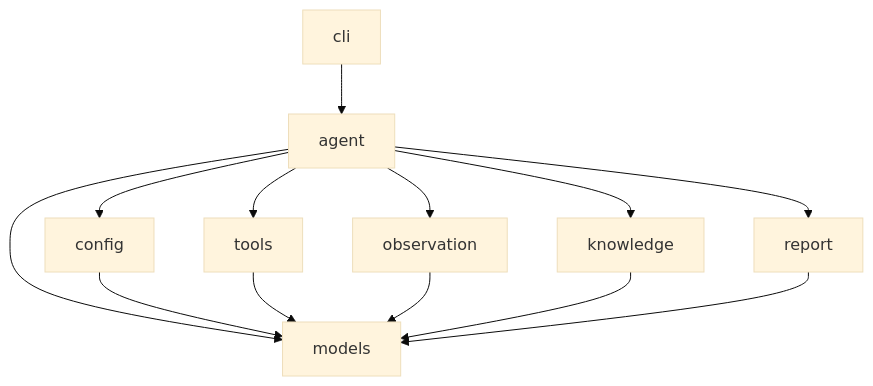
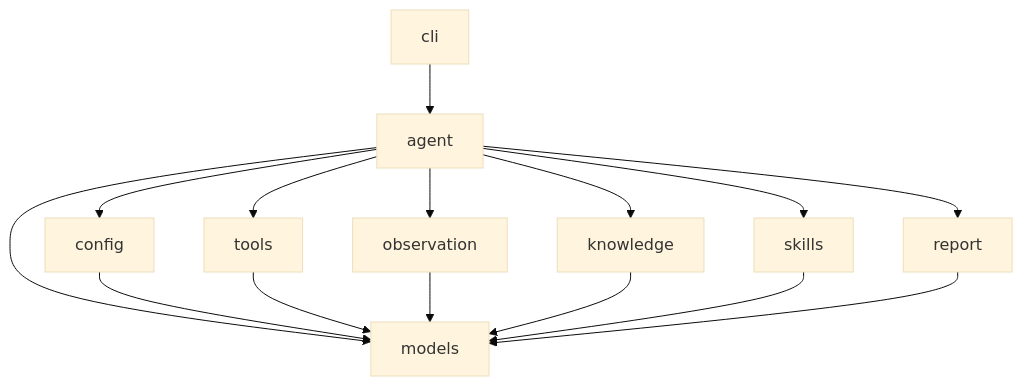
One commit to FSQ-lab/FSQ-Agent changed the diagram in CLAUDE.md. Above: the diagram before and after it, drawn with Mermaid (base theme). The commit also changed other lines of this file and 8 other files, not shown here.

````diff
--- a/CLAUDE.md
+++ b/CLAUDE.md
@@ -20,15 +21,17 @@
 ```mermaid
 flowchart TD
     CLI[cli] --> Agent[agent]
     Agent --> Config[config]
     Agent --> Models[models]
     Agent --> Tools[tools]
     Agent --> Observation[observation]
     Agent --> Knowledge[knowledge]
+    Agent --> Skills[skills]
     Agent --> Report[report]
     Config --> Models
     Tools --> Models
     Observation --> Models
     Knowledge --> Models
+    Skills --> Models
     Report --> Models
 ```
````
